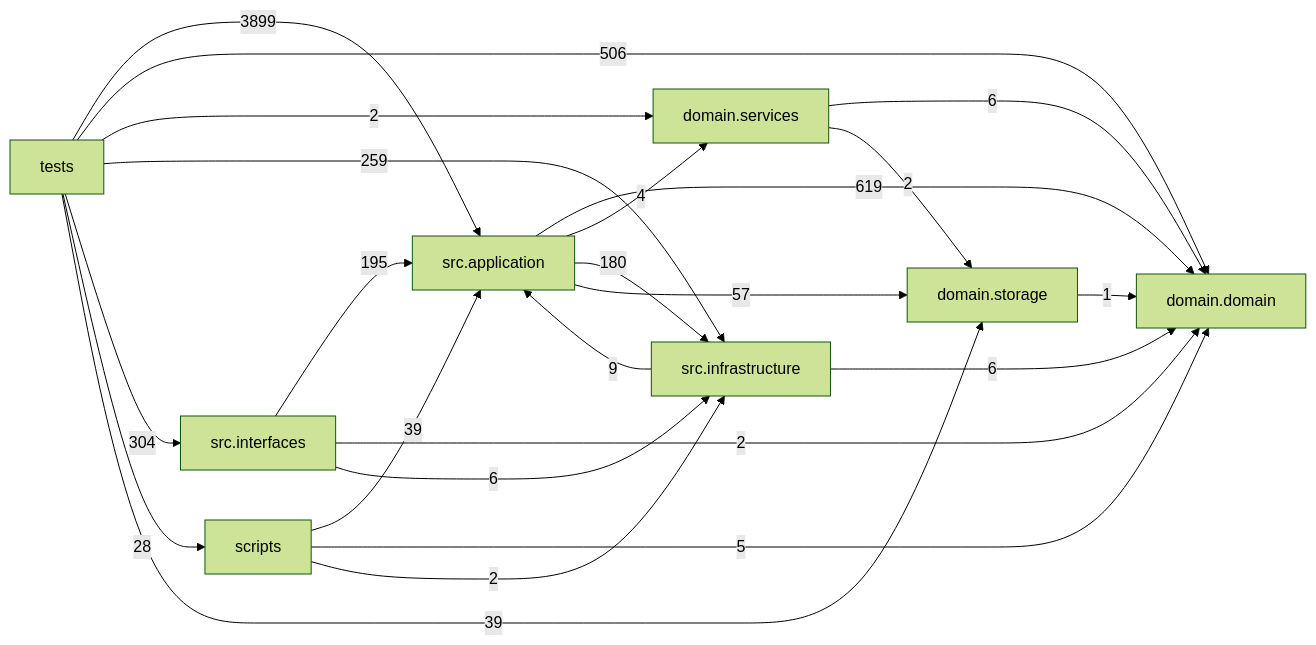
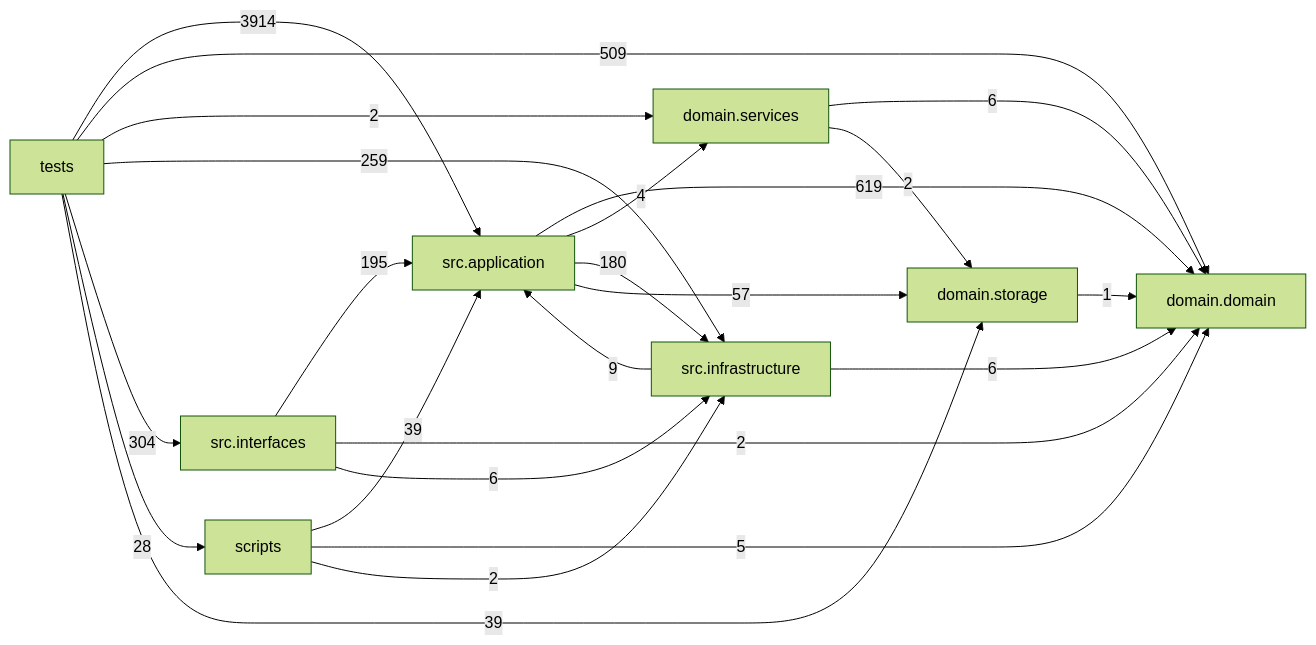
One commit to liuxie066/options-monitor changed the diagram in docs/DEPENDENCY_GRAPH.md. Above: the diagram before and after it, drawn with Mermaid (forest theme). The commit also changed other lines of this file and 4 other files, not shown here.

````diff
--- a/docs/DEPENDENCY_GRAPH.md
+++ b/docs/DEPENDENCY_GRAPH.md
@@ -24,33 +24,33 @@
 ```mermaid
 flowchart LR
   tests["tests"]
   scripts["scripts"]
   interfaces["src.interfaces"]
   application["src.application"]
   infrastructure["src.infrastructure"]
   domain_services["domain.services"]
   domain["domain.domain"]
   storage["domain.storage"]
   application -->|619| domain
   application -->|4| domain_services
   application -->|180| infrastructure
   application -->|57| storage
   domain_services -->|6| domain
   domain_services -->|2| storage
   infrastructure -->|9| application
   infrastructure -->|6| domain
   interfaces -->|195| application
   interfaces -->|2| domain
   interfaces -->|6| infrastructure
   scripts -->|39| application
   scripts -->|5| domain
   scripts -->|2| infrastructure
   storage -->|1| domain
-  tests -->|3899| application
-  tests -->|506| domain
+  tests -->|3914| application
+  tests -->|509| domain
   tests -->|2| domain_services
   tests -->|259| infrastructure
   tests -->|304| interfaces
   tests -->|28| scripts
   tests -->|39| storage
 ```
````
